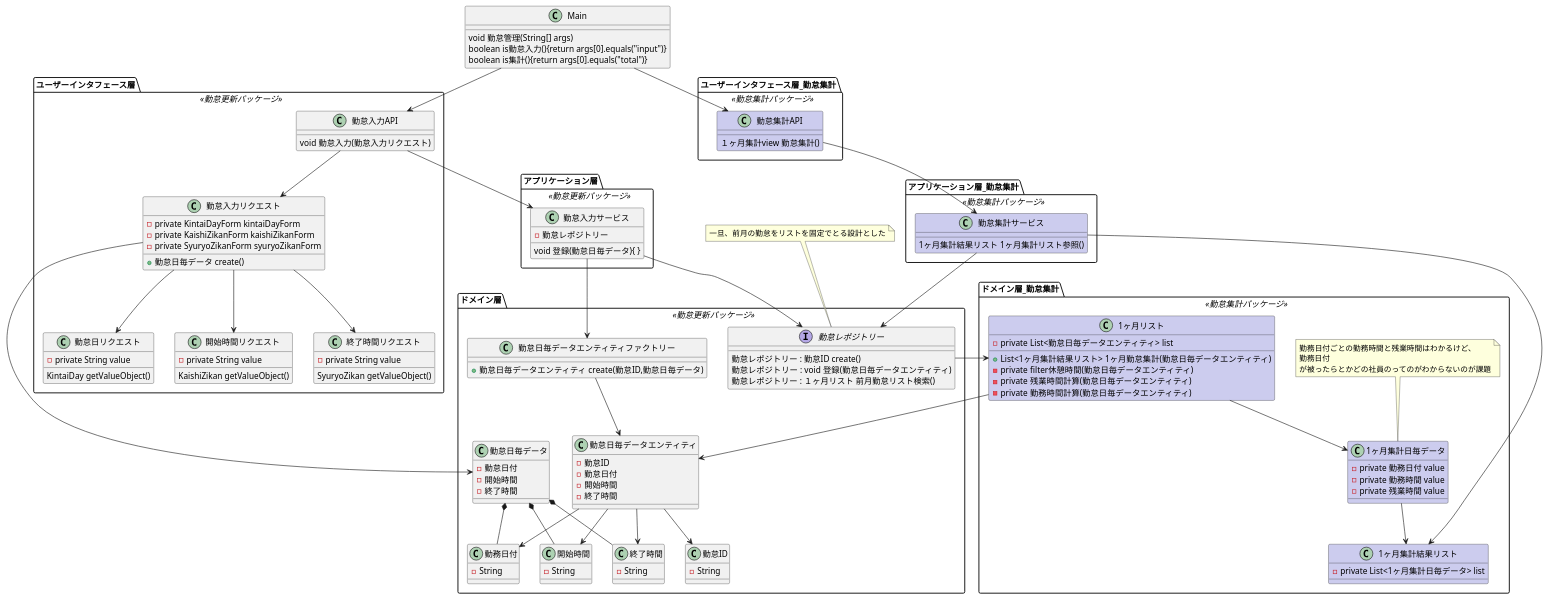
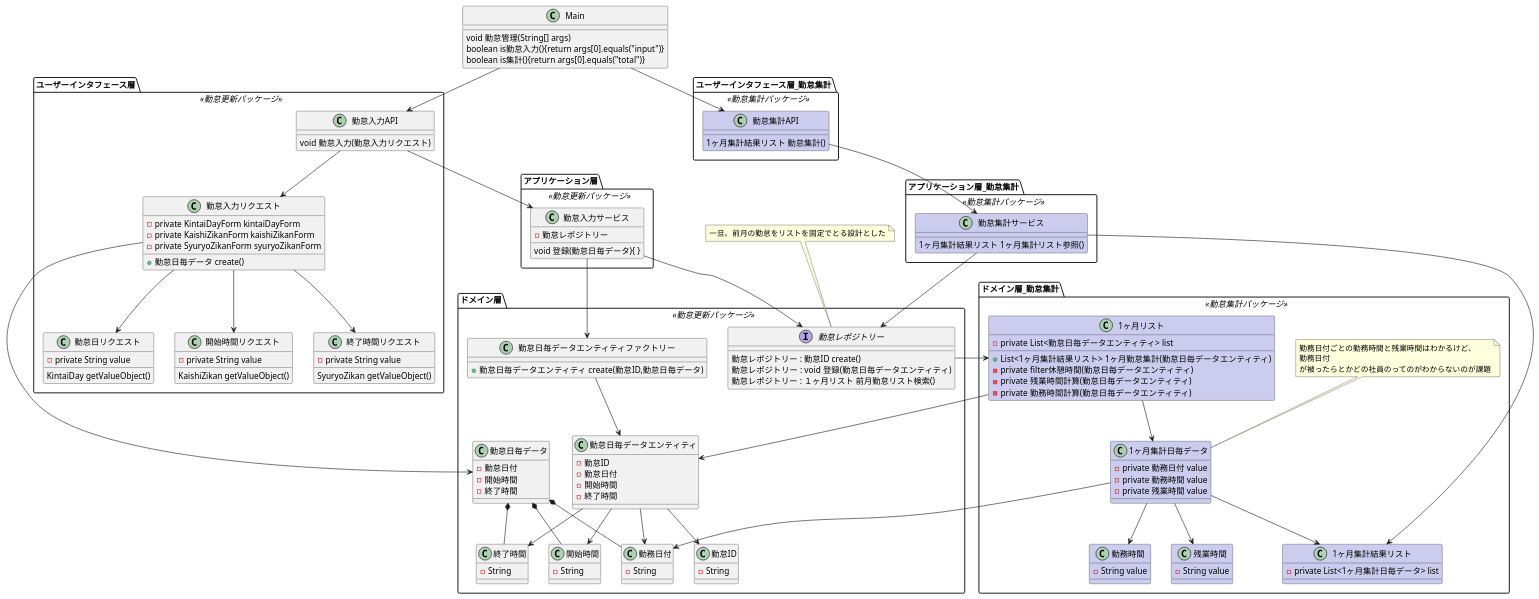
One commit to sekiguchihiroki/mendydydy changed the diagram in doc/勤怠.puml. Above: the diagram before and after it, drawn with PlantUML. The commit also changed 12 other files, not shown here.

```diff
--- a/doc/勤怠.puml
+++ b/doc/勤怠.puml
@@ -1,164 +1,175 @@
 @startuml
 
 
 class Main {
   void 勤怠管理(String[] args)
   boolean is勤怠入力(){return args[0].equals("input")}
   boolean is集計(){return args[0].equals("total")}
 }
 
 package ユーザーインタフェース層 <<勤怠更新パッケージ>> {
  Main --> 勤怠入力API
  勤怠入力API -->  勤怠入力リクエスト
  勤怠入力リクエスト -->  勤怠日リクエスト
  勤怠入力リクエスト -->  開始時間リクエスト
  勤怠入力リクエスト -->  終了時間リクエスト
 
 class 勤怠入力API {
   void 勤怠入力(勤怠入力リクエスト)
  }
 
 class 勤怠入力リクエスト {
   -private KintaiDayForm kintaiDayForm
   -private KaishiZikanForm kaishiZikanForm
   -private SyuryoZikanForm syuryoZikanForm
   +勤怠日毎データ create()
  }
 
 class 勤怠日リクエスト {
   -private String value
   KintaiDay getValueObject()
  }
 
 class 開始時間リクエスト{
   -private String value
   KaishiZikan getValueObject()
  }
 
 class 終了時間リクエスト {
   -private String value
   SyuryoZikan getValueObject()
  }
 
 }
 
 
 package アプリケーション層 <<勤怠更新パッケージ>> {
 勤怠入力API --> 勤怠入力サービス
 class 勤怠入力サービス {
   -勤怠レポジトリー
   void 登録(勤怠日毎データ){ }
 
  }
 
 }
 
 package ドメイン層 <<勤怠更新パッケージ>> {
   勤怠日毎データ *-- 勤務日付
   勤怠日毎データ *-- 開始時間
   勤怠日毎データ *-- 終了時間
   勤怠入力リクエスト -->  勤怠日毎データ
   勤怠入力サービス --> 勤怠日毎データエンティティファクトリー
   勤怠日毎データエンティティファクトリー --> 勤怠日毎データエンティティ
   勤怠入力サービス --> 勤怠レポジトリー
   勤怠日毎データエンティティ --> 勤怠ID
   勤怠日毎データエンティティ --> 勤務日付
   勤怠日毎データエンティティ --> 開始時間
   勤怠日毎データエンティティ --> 終了時間
 
 
 class 勤怠日毎データエンティティファクトリー {
   +勤怠日毎データエンティティ create(勤怠ID,勤怠日毎データ)
 
 }
 
 class 勤怠日毎データ {
   -勤怠日付
   -開始時間
   -終了時間
 }
 
 class 勤怠日毎データエンティティ {
   -勤怠ID
   -勤怠日付
   -開始時間
   -終了時間
 }
 
 class 勤怠ID {
   -String
  }
 
 class 勤務日付 {
   -String
  }
 
 class 開始時間 {
   -String
  }
 
 class 終了時間 {
   -String
  }
 
 interface 勤怠レポジトリー{
 勤怠レポジトリー : 勤怠ID create()
 勤怠レポジトリー : void 登録(勤怠日毎データエンティティ)
 勤怠レポジトリー : １ヶ月リスト 前月勤怠リスト検索()
 }
 
 }
 note top
   一旦、前月の勤怠をリストを固定でとる設計とした
 end note
 
 package ユーザーインタフェース層_勤怠集計 <<勤怠集計パッケージ>> {
  Main --> 勤怠集計API
 
 class 勤怠集計API #CCCCEE {
-  １ヶ月集計view 勤怠集計()
+  1ヶ月集計結果リスト 勤怠集計()
  }
 }
 
 package アプリケーション層_勤怠集計 <<勤怠集計パッケージ>> {
 勤怠集計API --> 勤怠集計サービス
 
 class 勤怠集計サービス #CCCCEE {
   1ヶ月集計結果リスト 1ヶ月集計リスト参照()
 
  }
 }
 package ドメイン層_勤怠集計 <<勤怠集計パッケージ>> {
 勤怠集計サービス -->  1ヶ月集計結果リスト
 勤怠集計サービス -->  勤怠レポジトリー
 勤怠レポジトリー -->  1ヶ月リスト
 1ヶ月リスト -->  勤怠日毎データエンティティ
 1ヶ月リスト -->  1ヶ月集計日毎データ
 1ヶ月集計日毎データ -->  1ヶ月集計結果リスト
+1ヶ月集計日毎データ -->  勤務日付
+1ヶ月集計日毎データ -->  勤務時間
+1ヶ月集計日毎データ -->  残業時間
 
 class 1ヶ月リスト #CCCCEE {
   -private List<勤怠日毎データエンティティ> list
   + List<1ヶ月集計結果リスト> 1ヶ月勤怠集計(勤怠日毎データエンティティ)
   - private filter休憩時間(勤怠日毎データエンティティ)
   - private 残業時間計算(勤怠日毎データエンティティ)
   - private 勤務時間計算(勤怠日毎データエンティティ)
  }
 
  class 1ヶ月集計結果リスト #CCCCEE {
    -private List<1ヶ月集計日毎データ> list
   }
  class 1ヶ月集計日毎データ #CCCCEE {
    -private 勤務日付 value
    -private 勤務時間 value
    -private 残業時間 value
 
   }
   note top
     勤務日付ごとの勤務時間と残業時間はわかるけど、
     勤務日付
     が被ったらとかどの社員のってのがわからないのが課題
   end note
+ class 勤務時間 #CCCCEE {
+   -String value
 
+ }
+
+ class 残業時間 #CCCCEE {
+  -String value
+
+ }
 }
 
 @enduml
```
